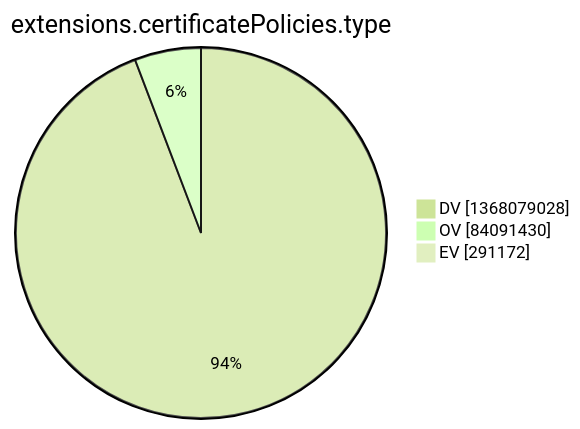
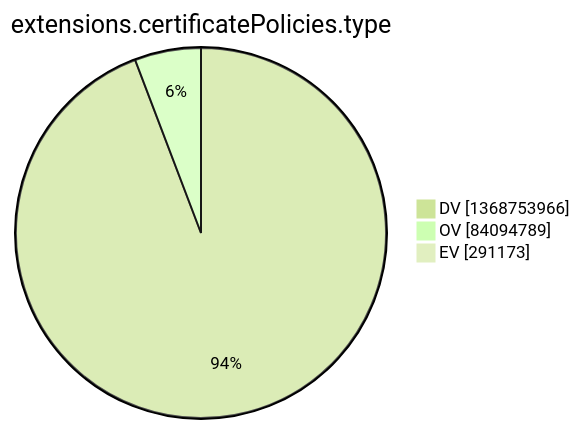
One commit to christiankrug/ctmonitor_visualization changed the tenth of 15 diagrams in argon2022/README.md. Above: the diagram before and after it, drawn with Mermaid (forest theme). The commit also changed other lines of this file, not shown here.

````diff
--- a/argon2022/README.md
+++ b/argon2022/README.md
@@ -2773,7 +2773,7 @@
 ```mermaid
 pie showData
 title extensions.certificatePolicies.type
-"DV" :1368079028
-"OV" :84091430
-"EV" :291172
+"DV" :1368753966
+"OV" :84094789
+"EV" :291173
 ```
````
